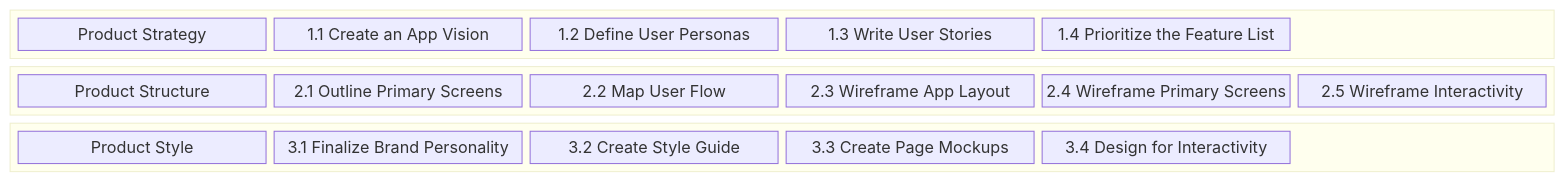
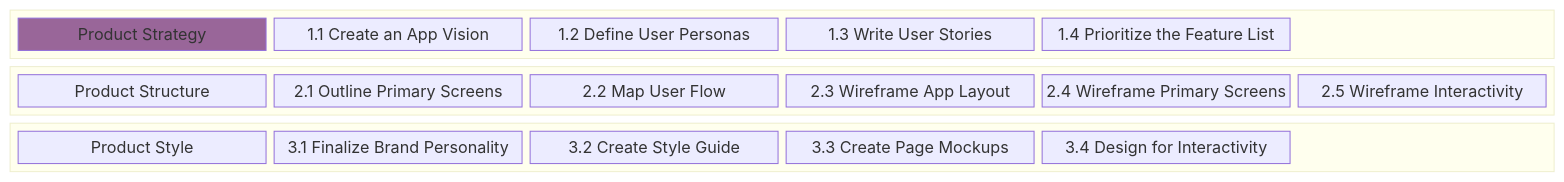
Before and after one commit to chingu-voyages/Handbook: the diagram in docs/resources/techresources/uiux.md, drawn with Mermaid.

Commit message:
Feature: Add UI/UX Workflow diagram

````diff
--- a/docs/resources/techresources/uiux.md
+++ b/docs/resources/techresources/uiux.md
@@ -15,31 +15,32 @@
 ```mermaid
 block-beta
 columns 1
-    block:STRATEGY
-      columns 6
-      A["Product Strategy"]
-      B["1.1 Create an App Vision"]
-      C["1.2 Define User Personas"]
-      D["1.3 Write User Stories"]
-      E["1.4 Prioritize the Feature List"]
-      space
-    end
-    block:STRUCTURE
-      columns 6
-      G["Product Structure"]
-      H["2.1 Outline Primary Screens"]
-      I["2.2 Map User Flow"]
-      J["2.3 Wireframe App Layout"]
-      K["2.4 Wireframe Primary Screens"]
-      L["2.5 Wireframe Interactivity"]
-    end
-    block:STYLE
-      columns 6
-      M["Product Style"]
-      N["3.1 Finalize Brand Personality"]
-      O["3.2 Create Style Guide"]
-      P["3.3 Create Page Mockups"]
-      Q["3.4 Design for Interactivity"]
-      space
-    end
+  block:STRATEGY
+    columns 6
+    A["Product Strategy"]
+    B["1.1 Create an App Vision"]
+    C["1.2 Define User Personas"]
+    D["1.3 Write User Stories"]
+    E["1.4 Prioritize the Feature List"]
+    space
+  end
+  block:STRUCTURE
+    columns 6
+    G["Product Structure"]
+    H["2.1 Outline Primary Screens"]
+    I["2.2 Map User Flow"]
+    J["2.3 Wireframe App Layout"]
+    K["2.4 Wireframe Primary Screens"]
+    L["2.5 Wireframe Interactivity"]
+  end
+  block:STYLE
+    columns 6
+    M["Product Style"]
+    N["3.1 Finalize Brand Personality"]
+    O["3.2 Create Style Guide"]
+    P["3.3 Create Page Mockups"]
+    Q["3.4 Design for Interactivity"]
+    space
+  end
+  style A fill:#969
 ```
````
